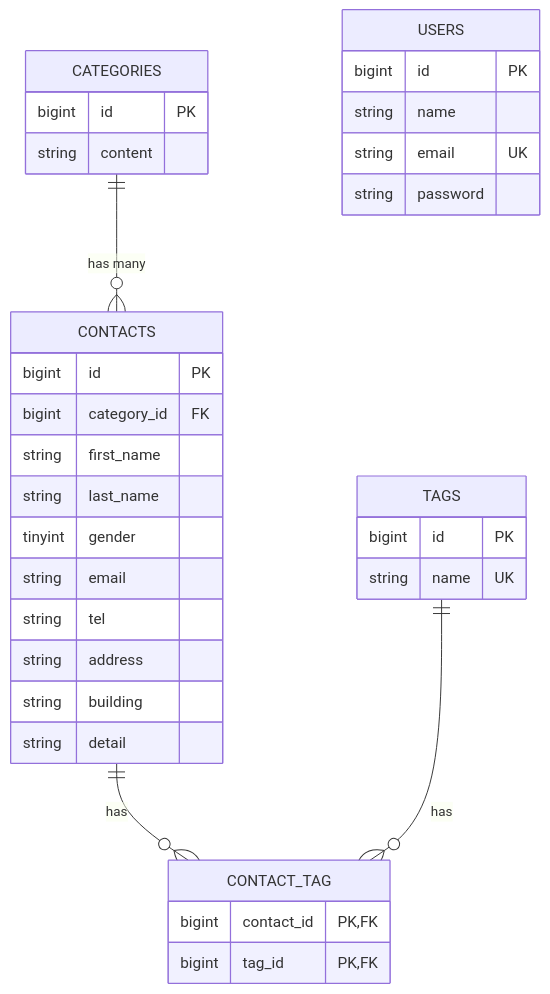
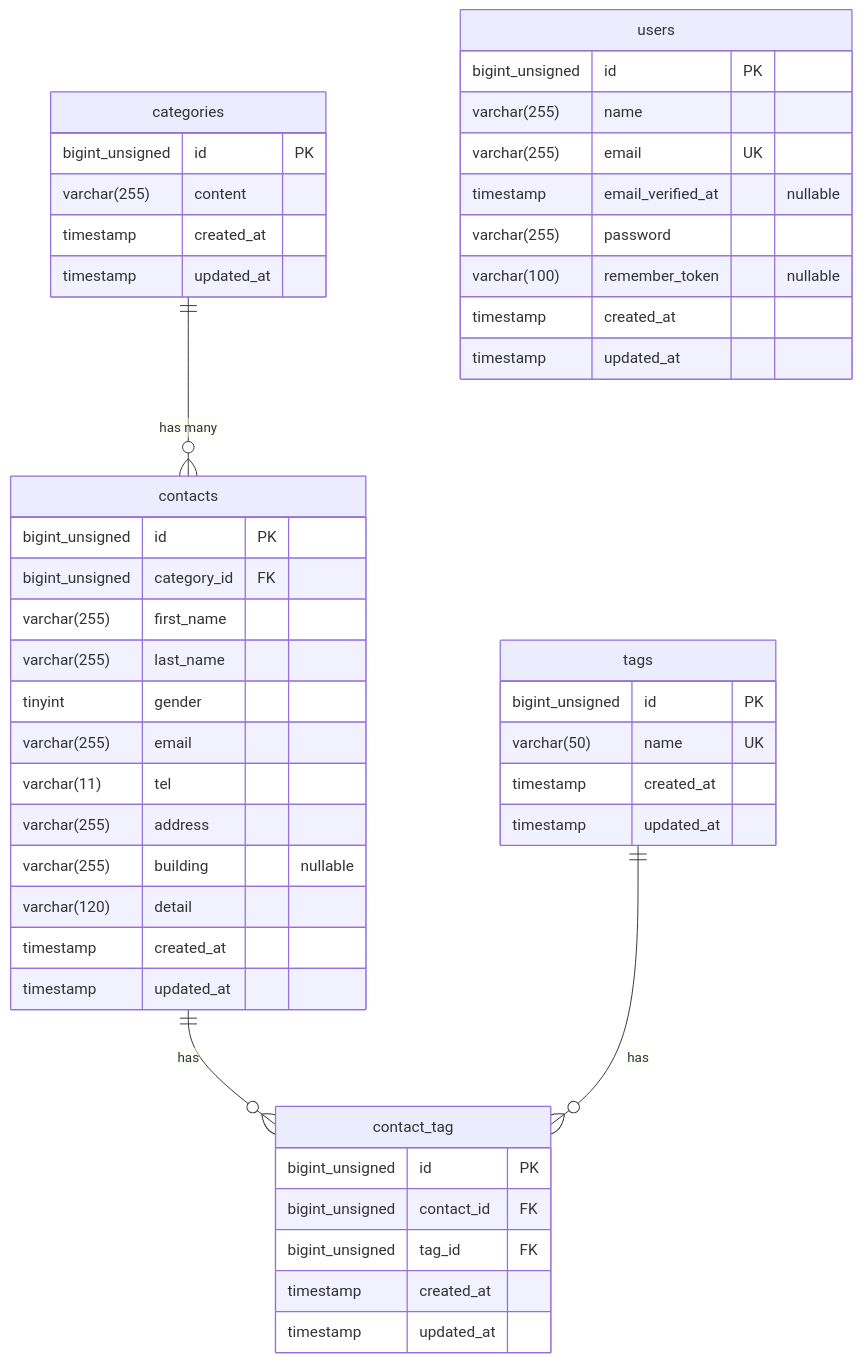
One commit to akiko-11/contact-form-app changed the diagram in README.md. Above: the diagram before and after it, drawn with Mermaid. The commit also changed other lines of this file, not shown here.

Commit message:
feat: README（ER図）の修正 #55

````diff
--- a/README.md
+++ b/README.md
@@ -22,41 +22,54 @@
 ```mermaid
 erDiagram
-    CATEGORIES ||--o{ CONTACTS : "has many"
-    CONTACTS ||--o{ CONTACT_TAG : "has"
-    TAGS ||--o{ CONTACT_TAG : "has"
+    categories ||--o{ contacts : "has many"
+    contacts ||--o{ contact_tag : "has"
+    tags ||--o{ contact_tag : "has"
 
-    USERS {
-        bigint id PK
-        string name
-        string email UK
-        string password
+    users {
+        bigint_unsigned id PK
+        varchar(255) name
+        varchar(255) email UK
+        timestamp email_verified_at "nullable"
+        varchar(255) password
+        varchar(100) remember_token "nullable"
+        timestamp created_at
+        timestamp updated_at
     }
 
-    CATEGORIES {
-        bigint id PK
-        string content
+    categories {
+        bigint_unsigned id PK
+        varchar(255) content
+        timestamp created_at
+        timestamp updated_at
     }
 
-    CONTACTS {
-        bigint id PK
-        bigint category_id FK
-        string first_name
-        string last_name
+    contacts {
+        bigint_unsigned id PK
+        bigint_unsigned category_id FK
+        varchar(255) first_name
+        varchar(255) last_name
         tinyint gender
-        string email
-        string tel
-        string address
-        string building
-        string detail
+        varchar(255) email
+        varchar(11) tel
+        varchar(255) address
+        varchar(255) building "nullable"
+        varchar(120) detail
+        timestamp created_at
+        timestamp updated_at
     }
 
-    TAGS {
-        bigint id PK
-        string name UK
+    tags {
+        bigint_unsigned id PK
+        varchar(50) name UK
+        timestamp created_at
+        timestamp updated_at
     }
 
-    CONTACT_TAG {
-        bigint contact_id PK, FK
-        bigint tag_id PK, FK
+    contact_tag {
+        bigint_unsigned id PK
+        bigint_unsigned contact_id FK
+        bigint_unsigned tag_id FK
+        timestamp created_at
+        timestamp updated_at
     }
 ```
````
